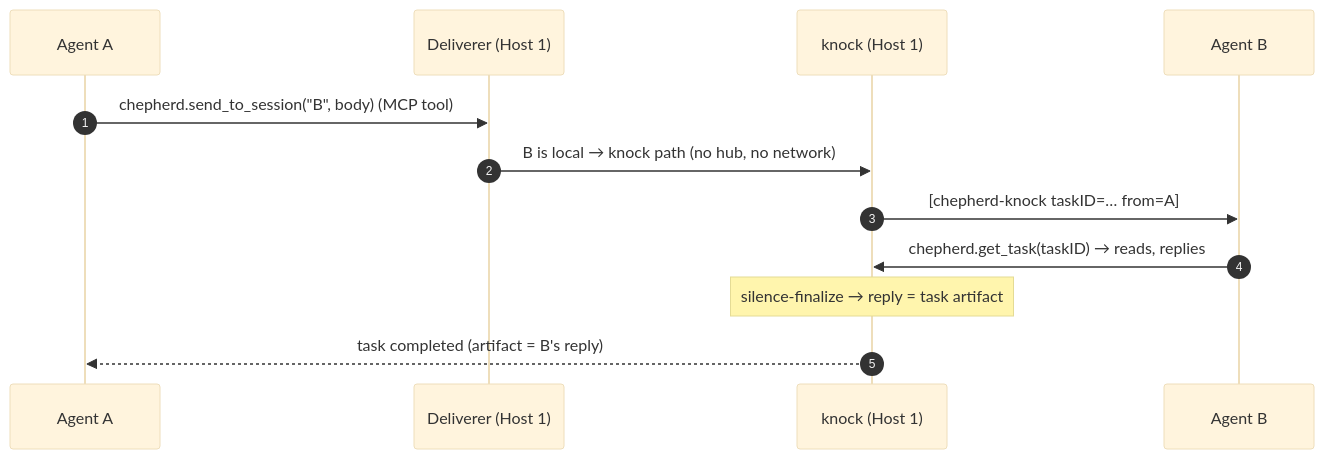
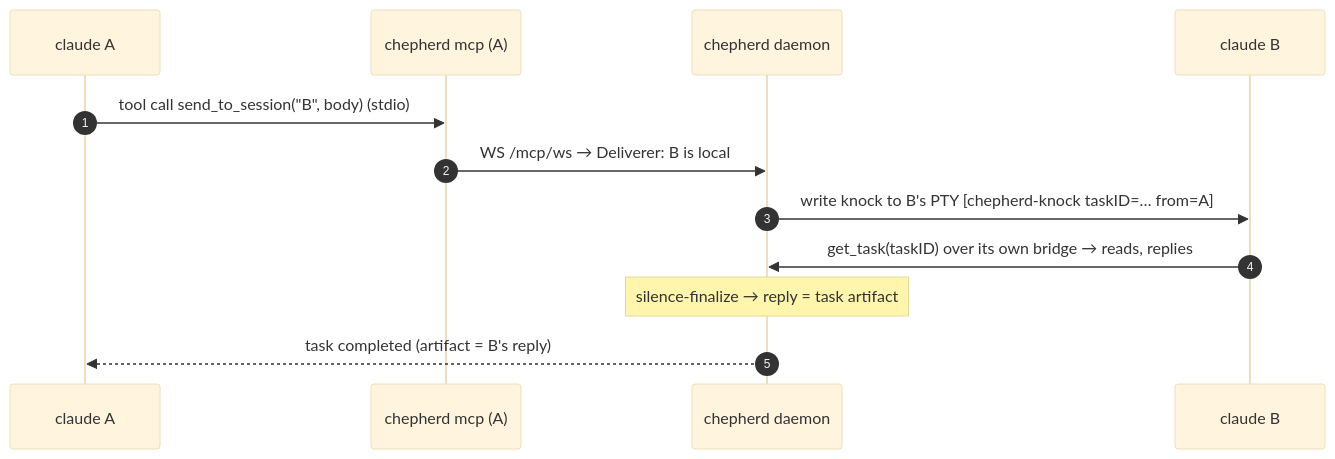
The second of 3 diagrams in docs/A2A-ARCHITECTURE.md (agenity-org/agenity), drawn with Mermaid (base theme) before and after one commit. The commit also changed other lines of this file, not shown here.

First line of the commit message:
docs(a2a): widescreen layout — centre the hub on the spine, fill 16:9

````diff
--- a/docs/A2A-ARCHITECTURE.md
+++ b/docs/A2A-ARCHITECTURE.md
@@ -106,14 +110,14 @@
 ```mermaid
 sequenceDiagram
   autonumber
-  participant A as Agent A
-  participant D1 as Deliverer (Host 1)
-  participant K1 as knock (Host 1)
-  participant B as Agent B
-  A->>D1: chepherd.send_to_session("B", body)  (MCP tool)
-  D1->>K1: B is local → knock path (no hub, no network)
-  K1->>B: [chepherd-knock taskID=… from=A]
-  B->>K1: chepherd.get_task(taskID) → reads, replies
-  Note over K1: silence-finalize → reply = task artifact
-  K1-->>A: task completed (artifact = B's reply)
+  participant CLA as claude A
+  participant BRA as chepherd mcp (A)
+  participant D as chepherd daemon
+  participant CLB as claude B
+  CLA->>BRA: tool call send_to_session("B", body)  (stdio)
+  BRA->>D: WS /mcp/ws  → Deliverer: B is local
+  D->>CLB: write knock to B's PTY [chepherd-knock taskID=… from=A]
+  CLB->>D: get_task(taskID) over its own bridge → reads, replies
+  Note over D: silence-finalize → reply = task artifact
+  D-->>CLA: task completed (artifact = B's reply)
 ```
````
